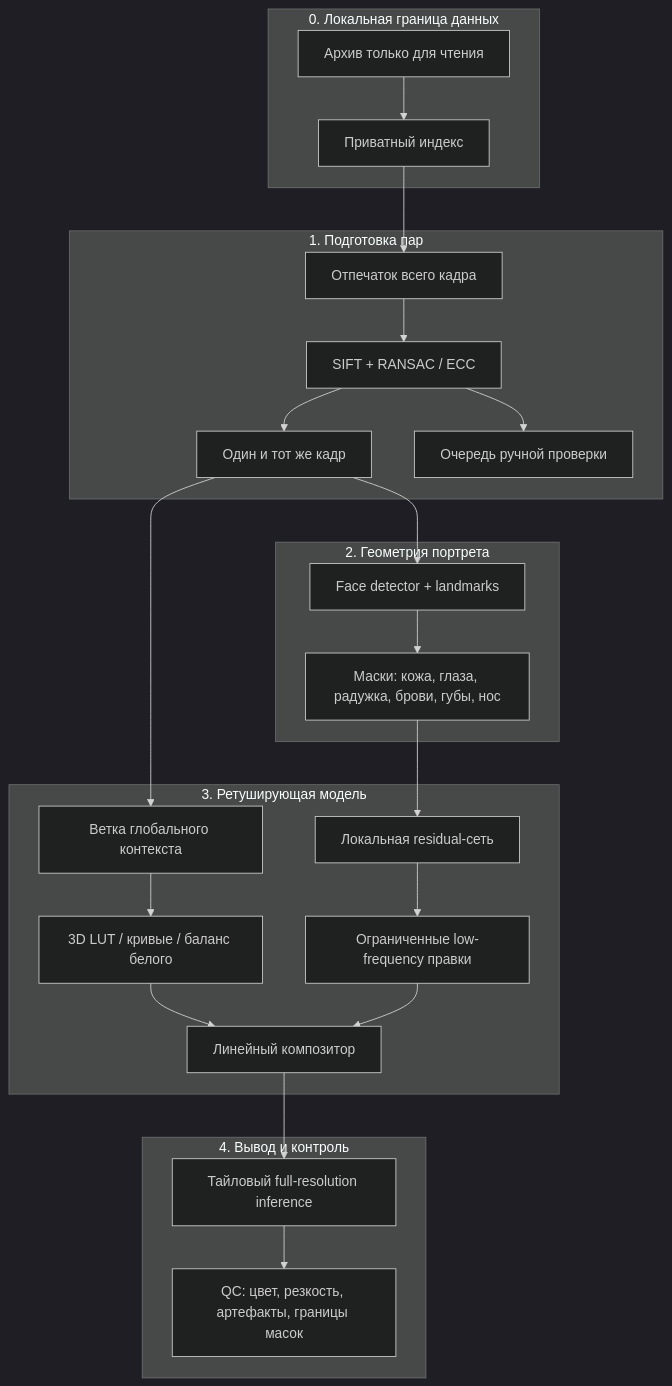
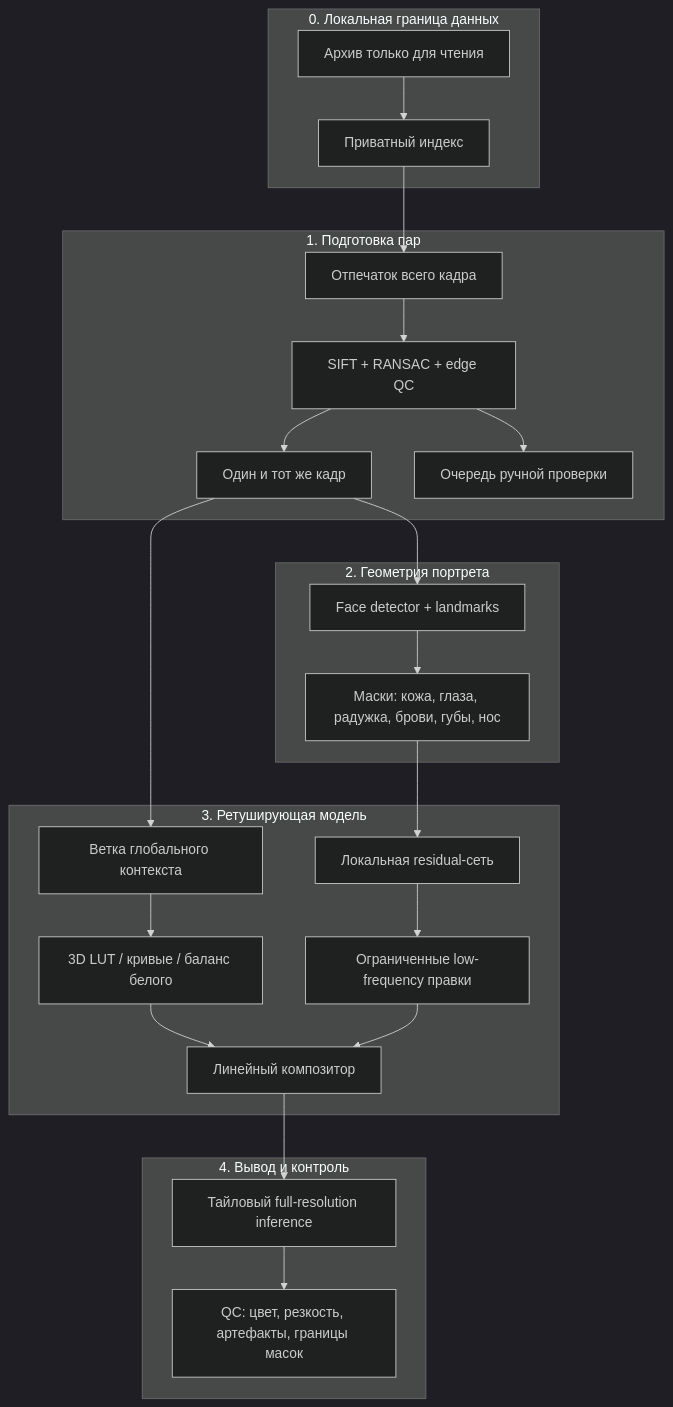
Before and after one commit to babkanomer13-dotcom/autoretush: the diagram in docs/ARCHITECTURE.md, drawn with Mermaid (dark theme). The commit also changed other lines of this file and 33 other files, not shown here.

````diff
--- a/docs/ARCHITECTURE.md
+++ b/docs/ARCHITECTURE.md
@@ -9,28 +9,28 @@
 ```mermaid
 flowchart TB
     subgraph L0["0. Локальная граница данных"]
       A["Архив только для чтения"] --> B["Приватный индекс"]
     end
     subgraph L1["1. Подготовка пар"]
       B --> C["Отпечаток всего кадра"]
-      C --> D["SIFT + RANSAC / ECC"]
+      C --> D["SIFT + RANSAC + edge QC"]
       D --> E["Один и тот же кадр"]
       D --> R["Очередь ручной проверки"]
     end
     subgraph L2["2. Геометрия портрета"]
       E --> F["Face detector + landmarks"]
       F --> G["Маски: кожа, глаза, радужка, брови, губы, нос"]
     end
     subgraph L3["3. Ретуширующая модель"]
       E --> H["Ветка глобального контекста"]
       H --> I["3D LUT / кривые / баланс белого"]
       G --> J["Локальная residual-сеть"]
       J --> K["Ограниченные low-frequency правки"]
       I --> M["Линейный композитор"]
       K --> M
     end
     subgraph L4["4. Вывод и контроль"]
       M --> N["Тайловый full-resolution inference"]
       N --> O["QC: цвет, резкость, артефакты, границы масок"]
     end
 ```
````
